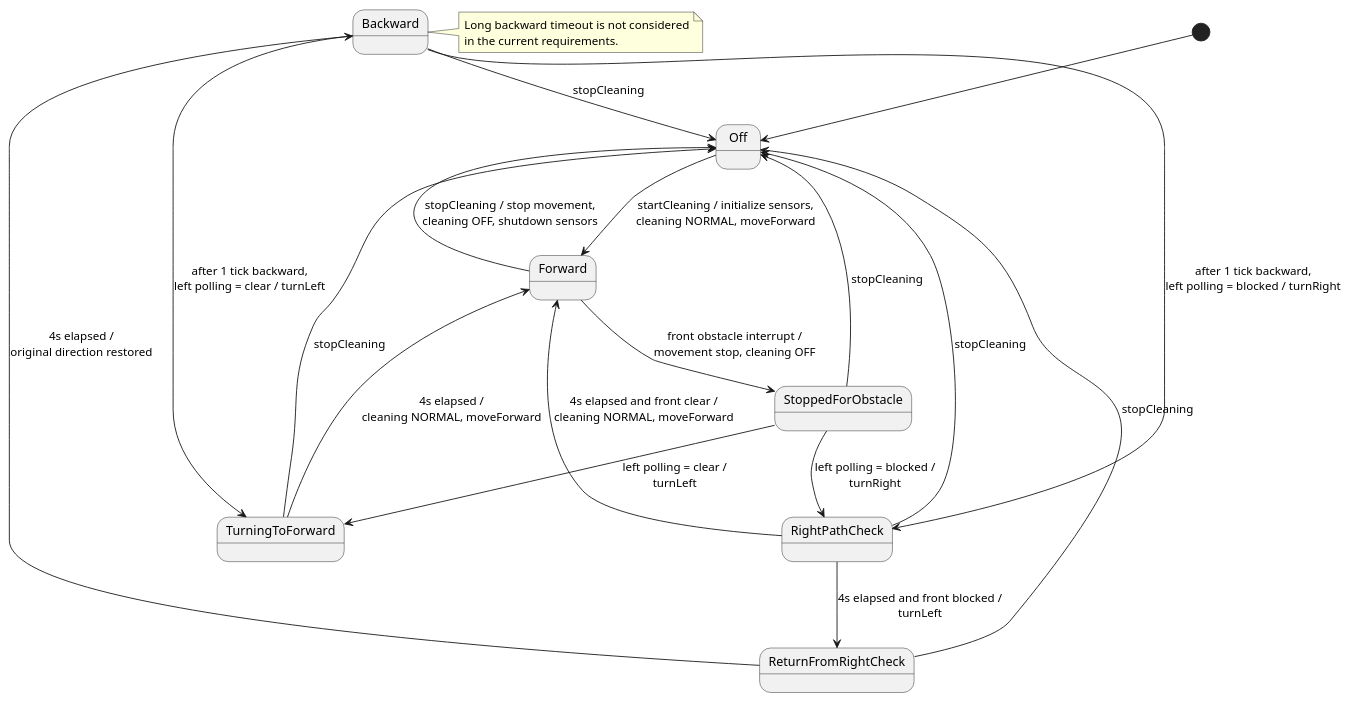
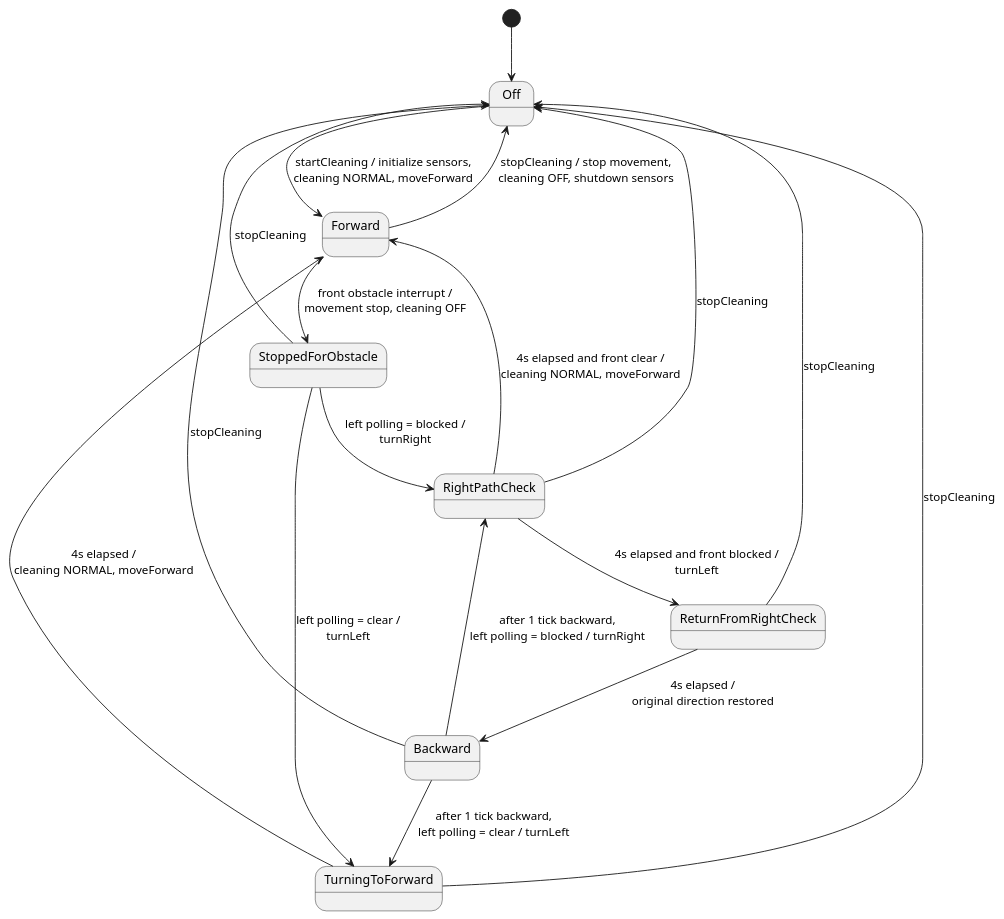
Diagram 15 of 16 in docs/design/design-specification.md (shsdbd/rvc-revision-test), drawn with PlantUML before and after one commit. The commit also changed other lines of this file and 1 other file, not shown here.

````diff
--- a/docs/design/design-specification.md
+++ b/docs/design/design-specification.md
@@ -331,33 +934,28 @@
 ```plantuml
 @startuml
 [*] --> Off
 
 Off --> Forward : startCleaning / initialize sensors,\ncleaning NORMAL, moveForward
 
 Forward --> StoppedForObstacle : front obstacle interrupt /\nmovement stop, cleaning OFF
 Forward --> Off : stopCleaning / stop movement,\ncleaning OFF, shutdown sensors
 
 StoppedForObstacle --> TurningToForward : left polling = clear /\nturnLeft
 StoppedForObstacle --> RightPathCheck : left polling = blocked /\nturnRight
 StoppedForObstacle --> Off : stopCleaning
 
 TurningToForward --> Forward : 4s elapsed /\ncleaning NORMAL, moveForward
 TurningToForward --> Off : stopCleaning
 
 RightPathCheck --> Forward : 4s elapsed and front clear /\ncleaning NORMAL, moveForward
 RightPathCheck --> ReturnFromRightCheck : 4s elapsed and front blocked /\nturnLeft
 RightPathCheck --> Off : stopCleaning
 
 ReturnFromRightCheck --> Backward : 4s elapsed /\noriginal direction restored
 ReturnFromRightCheck --> Off : stopCleaning
 
 Backward --> TurningToForward : after 1 tick backward,\nleft polling = clear / turnLeft
 Backward --> RightPathCheck : after 1 tick backward,\nleft polling = blocked / turnRight
 Backward --> Off : stopCleaning
-
-note right of Backward
-Long backward timeout is not considered
-in the current requirements.
-end note
 @enduml
 ```
````
